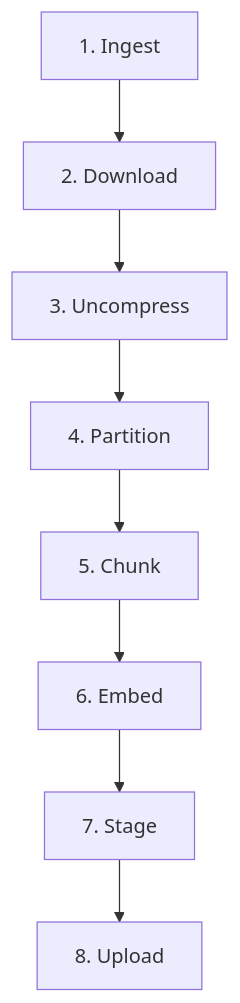
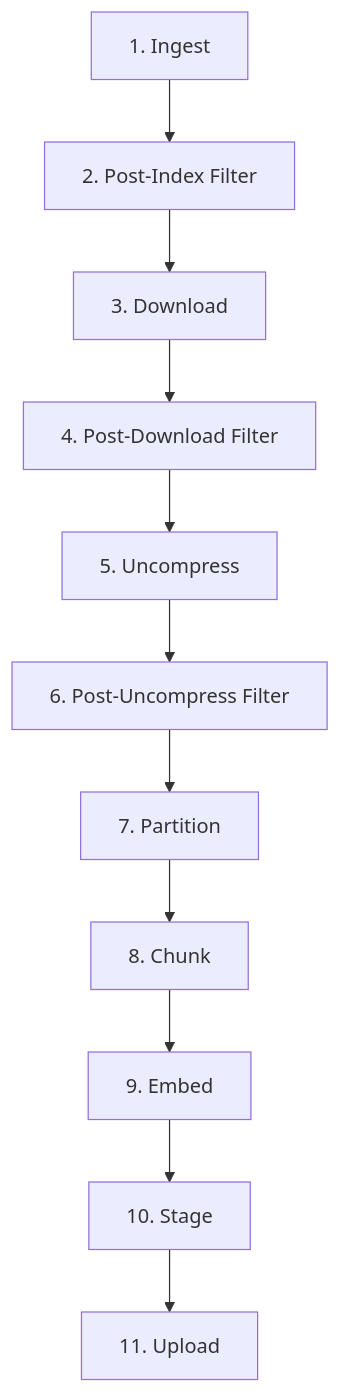
The diagram in api-reference/ingest/overview.mdx (Unstructured-IO/docs), drawn with Mermaid before and after one commit. The commit also changed other lines of this file, not shown here.

````diff
--- a/api-reference/ingest/overview.mdx
+++ b/api-reference/ingest/overview.mdx
@@ -31,10 +31,4 @@
 ```mermaid
   flowchart TB
-    Index[1. Ingest]-->Download
-    Download[2. Download]-->Uncompress
-    Uncompress[3. Uncompress]-->Partition
-    Partition[4. Partition]-->Chunk
-    Chunk[5. Chunk]-->Embed
-    Embed[6. Embed]-->Stage
-    Stage[7. Stage]-->Upload[8. Upload]
+    id1[1. Ingest]-->id2[2. Post-Index Filter]-->id3[3. Download]-->id4[4. Post-Download Filter]-->id5[5. Uncompress]-->id6[6. Post-Uncompress Filter]-->id7[7. Partition]-->id8[8. Chunk]-->id9[9. Embed]-->id10[10. Stage]-->id11[11. Upload]
 ```
````
